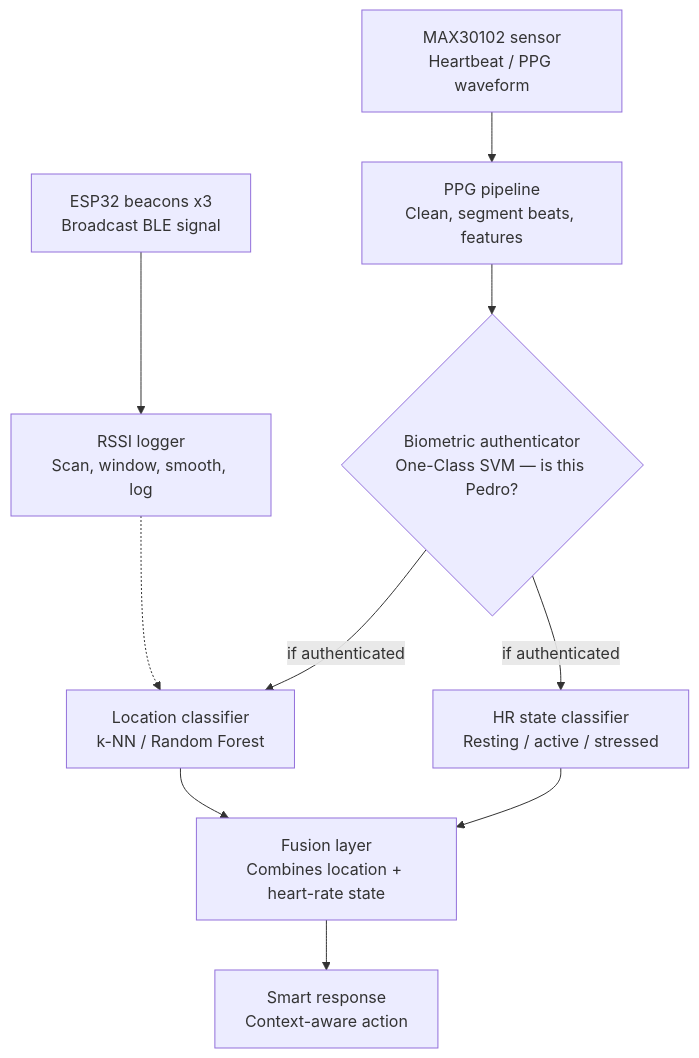
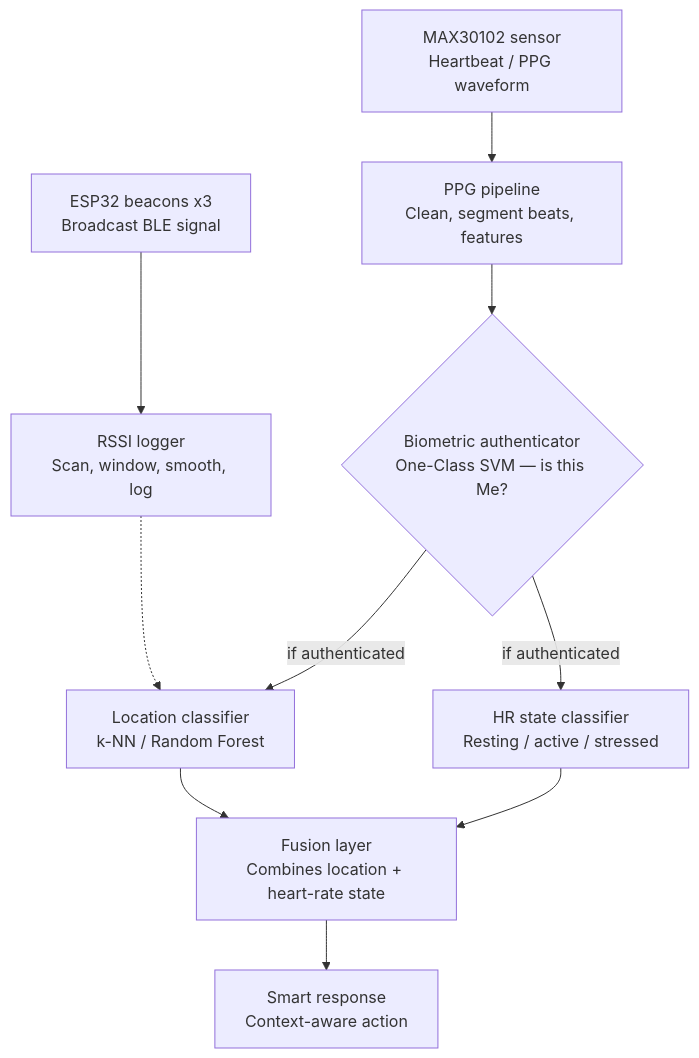
One commit to thelorenzetti/context-aware-biometric-system changed the diagram in README.md. Above: the diagram before and after it, drawn with Mermaid.

````diff
--- a/README.md
+++ b/README.md
@@ -4,14 +4,14 @@
 ```mermaid
 flowchart TD
     ESP[ESP32 beacons x3<br/>Broadcast BLE signal] --> RSSI[RSSI logger<br/>Scan, window, smooth, log]
     PPG_S[MAX30102 sensor<br/>Heartbeat / PPG waveform] --> PPG_P[PPG pipeline<br/>Clean, segment beats, features]
 
-    PPG_P --> AUTH{Biometric authenticator<br/>One-Class SVM — is this Pedro?}
+    PPG_P --> AUTH{Biometric authenticator<br/>One-Class SVM — is this Me?}
     AUTH -->|if authenticated| LOC[Location classifier<br/>k-NN / Random Forest]
     AUTH -->|if authenticated| HR[HR state classifier<br/>Resting / active / stressed]
     RSSI -.-> LOC
 
     LOC --> FUSION[Fusion layer<br/>Combines location + heart-rate state]
     HR --> FUSION
     FUSION --> RESP[Smart response<br/>Context-aware action]
 ```
````
